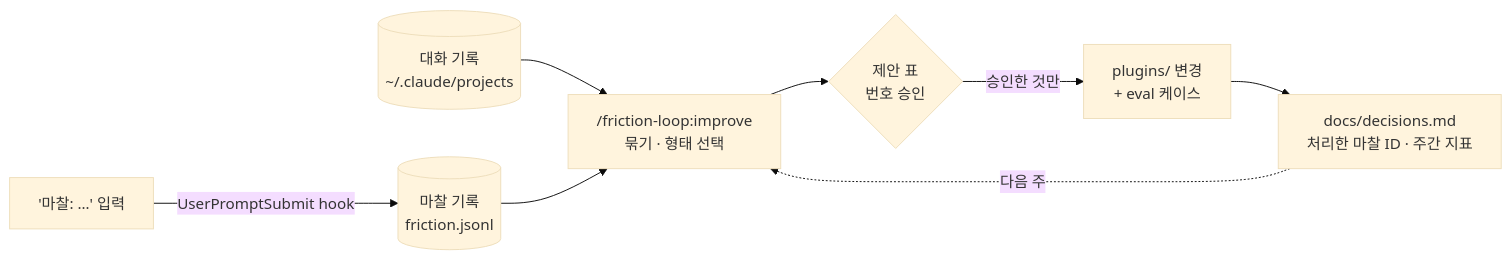
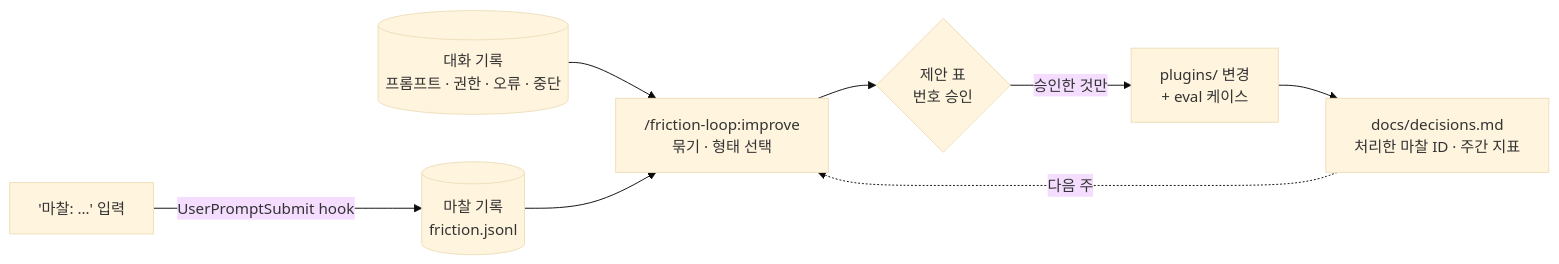
The diagram in README.md (aumilkyeong/plugin-playground), drawn with Mermaid (base theme) before and after one commit. The commit also changed other lines of this file and 14 other files, not shown here.

````diff
--- a/README.md
+++ b/README.md
@@ -32,10 +32,10 @@
 ```mermaid
 flowchart LR
   A["'마찰: …' 입력"] -->|UserPromptSubmit hook| B[("마찰 기록<br>friction.jsonl")]
-  C[("대화 기록<br>~/.claude/projects")] --> D
+  C[("대화 기록<br>프롬프트 · 권한 · 오류 · 중단")] --> D
   B --> D["/friction-loop:improve<br>묶기 · 형태 선택"]
   D --> E{"제안 표<br>번호 승인"}
   E -->|승인한 것만| F["plugins/ 변경<br>+ eval 케이스"]
   F --> G["docs/decisions.md<br>처리한 마찰 ID · 주간 지표"]
   G -. 다음 주 .-> D
 ```
````
